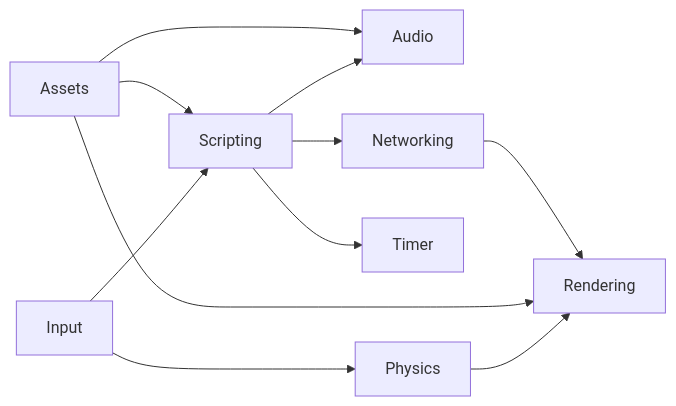
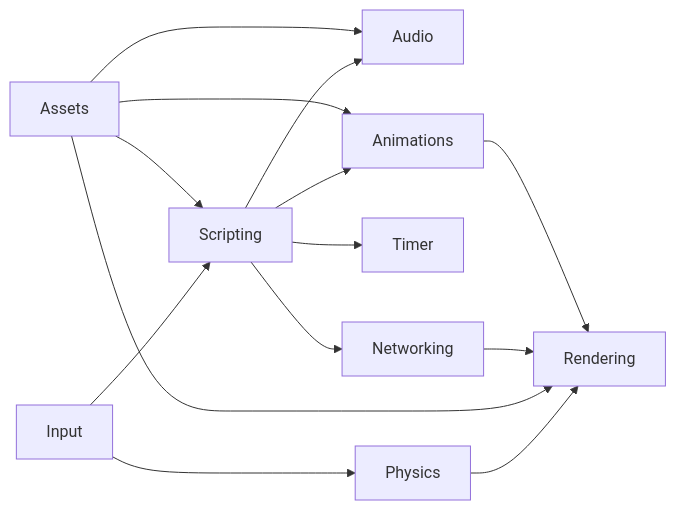
The diagram in README.md (Chukobyte/seika-engine), drawn with Mermaid before and after one commit. The commit also changed 15 other files, not shown here.

````diff
--- a/README.md
+++ b/README.md
@@ -45,22 +45,26 @@
 ```mermaid
 
 graph LR;
     C[Audio]
     D[Rendering]
     E[Physics]
     E-->D
     F[Input]
     F-->G
     F-->E
     G[Scripting]
     G-->C
     G-->I
     G-->J
+    G-->K
     H[Assets]
     H-->C
     H-->D
     H-->G
+    H-->K
     I[Timer]
     J[Networking]
     J-->D
+    K[Animations]
+    K-->D
 ```
````
